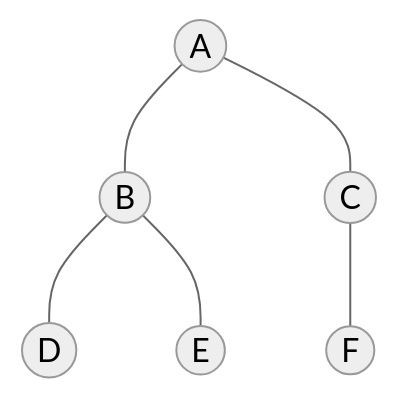
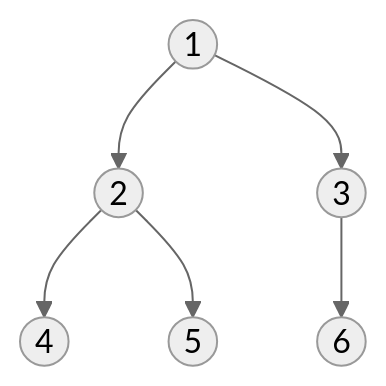
One commit to ARYAN-KUMAR-22/dsa changed the second of 3 diagrams in tree/12_full_vs_complete_binary_tree.md. Above: the diagram before and after it, drawn with Mermaid (neutral theme). The commit also changed other lines of this file and 4 other files, not shown here.

````diff
--- a/tree/12_full_vs_complete_binary_tree.md
+++ b/tree/12_full_vs_complete_binary_tree.md
@@ -40,8 +97,8 @@
 ```mermaid
 graph TD
-    A1((A)) --- B1((B))
-    A1 --- C1((C))
-    B1 --- D1((D))
-    B1 --- E1((E))
-    C1 --- F1((F))
+    A((1)) --> B((2))
+    A --> C((3))
+    B --> D((4))
+    B --> E((5))
+    C --> F((6))
 ```
````
